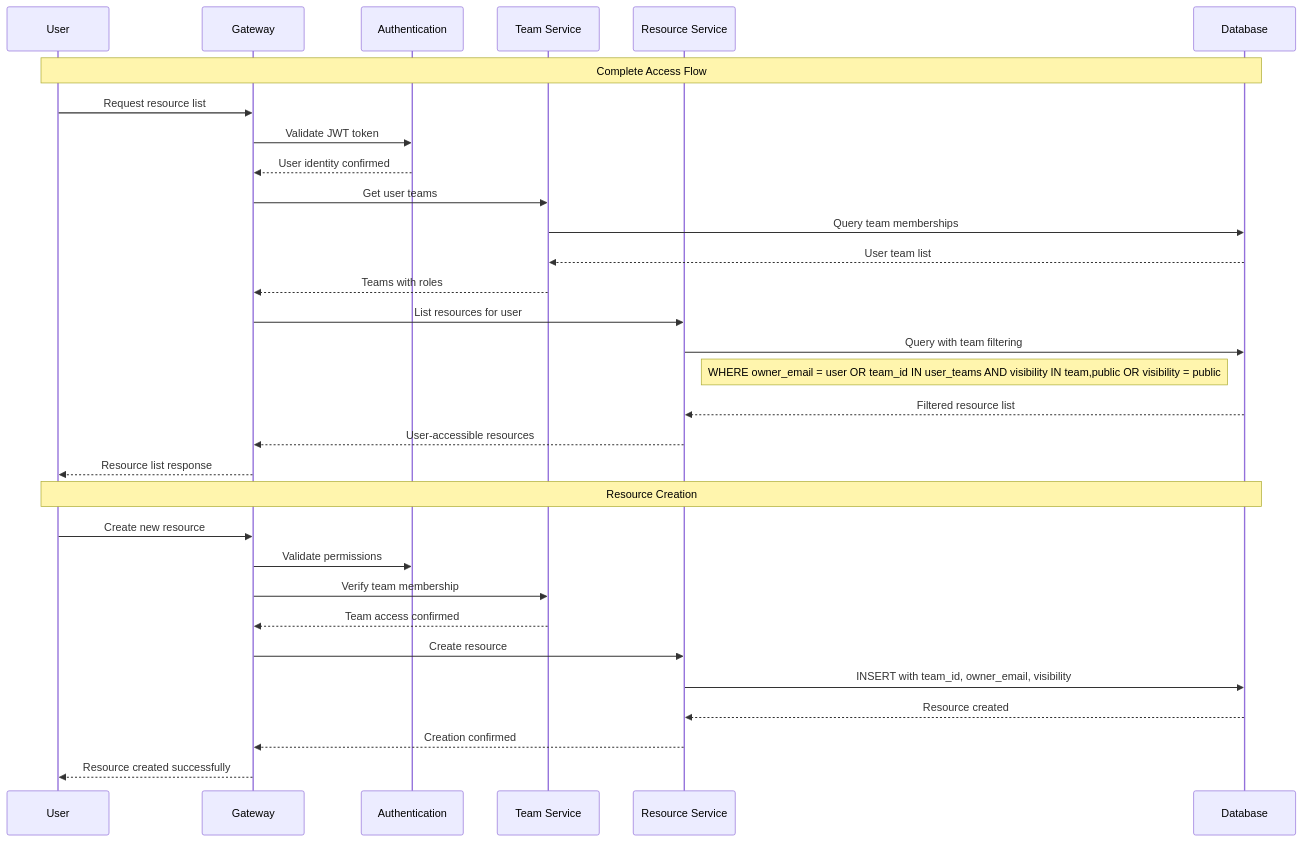
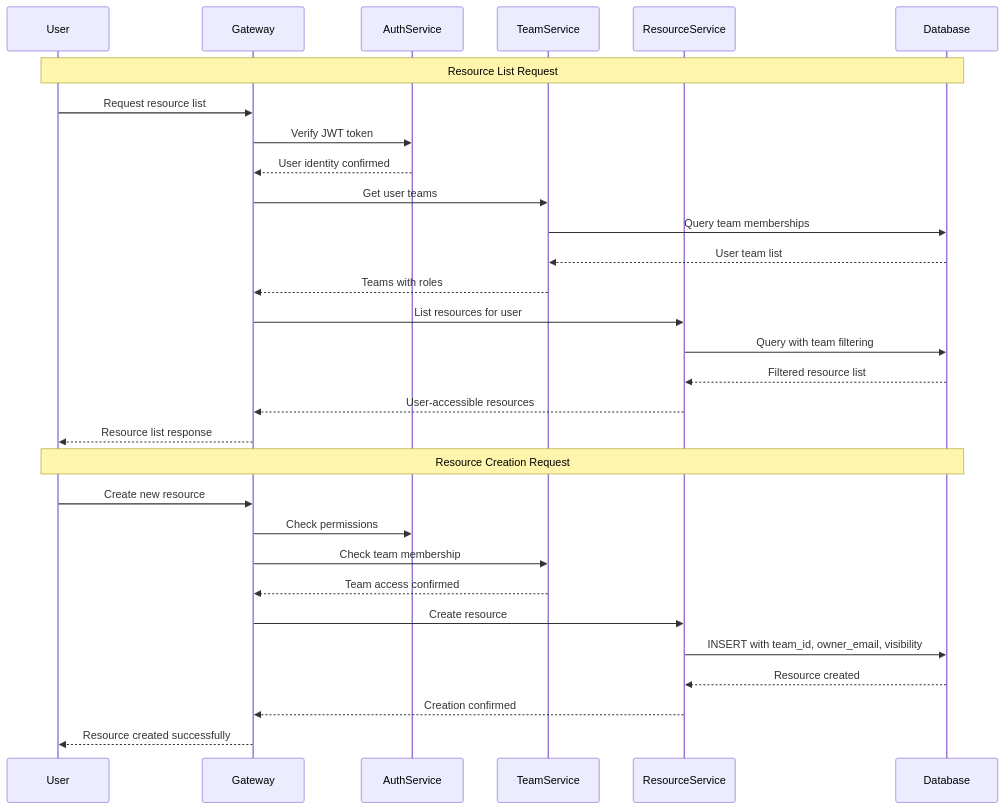
The fifth of 5 diagrams in docs/docs/architecture/multitenancy.md (IBM/mcp-context-forge), drawn with Mermaid before and after one commit. The commit also changed other lines of this file and 4 other files, not shown here.

````diff
--- a/docs/docs/architecture/multitenancy.md
+++ b/docs/docs/architecture/multitenancy.md
@@ -876,39 +431,37 @@
 ```mermaid
 sequenceDiagram
     participant U as User
     participant G as Gateway
-    participant Auth as Authentication
-    participant Team as Team Service
-    participant Res as Resource Service
+    participant AS as AuthService
+    participant TS as TeamService
+    participant RS as ResourceService
     participant DB as Database
 
-    Note over U,DB: Complete Access Flow
+    Note over U,DB: Resource List Request
     U->>G: Request resource list
-    G->>Auth: Validate JWT token
-    Auth-->>G: User identity confirmed
+    G->>AS: Verify JWT token
+    AS-->>G: User identity confirmed
 
-    G->>Team: Get user teams
-    Team->>DB: Query team memberships
-    DB-->>Team: User team list
-    Team-->>G: Teams with roles
+    G->>TS: Get user teams
+    TS->>DB: Query team memberships
+    DB-->>TS: User team list
+    TS-->>G: Teams with roles
 
-    G->>Res: List resources for user
-    Res->>DB: Query with team filtering
-    Note right of Res: WHERE owner_email = user OR team_id IN user_teams AND visibility IN team,public OR visibility = public
-
-    DB-->>Res: Filtered resource list
-    Res-->>G: User-accessible resources
+    G->>RS: List resources for user
+    RS->>DB: Query with team filtering
+    DB-->>RS: Filtered resource list
+    RS-->>G: User-accessible resources
     G-->>U: Resource list response
 
-    Note over U,DB: Resource Creation
+    Note over U,DB: Resource Creation Request
     U->>G: Create new resource
-    G->>Auth: Validate permissions
-    G->>Team: Verify team membership
-    Team-->>G: Team access confirmed
+    G->>AS: Check permissions
+    G->>TS: Check team membership
+    TS-->>G: Team access confirmed
 
-    G->>Res: Create resource
-    Res->>DB: INSERT with team_id, owner_email, visibility
-    DB-->>Res: Resource created
-    Res-->>G: Creation confirmed
+    G->>RS: Create resource
+    RS->>DB: INSERT with team_id, owner_email, visibility
+    DB-->>RS: Resource created
+    RS-->>G: Creation confirmed
     G-->>U: Resource created successfully
 ```
````
